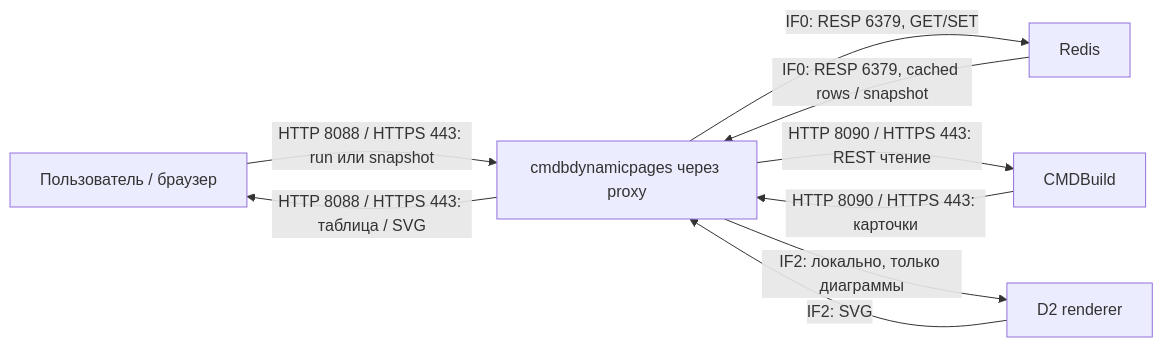
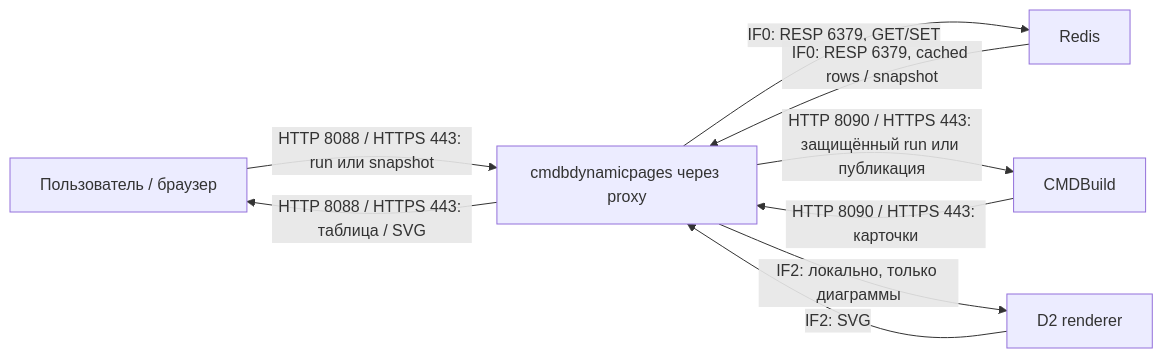
The third of 3 diagrams in aa/business-processes.md (igorlyapin-max/cmdbdynamicpages), drawn with Mermaid before and after one commit. The commit also changed other lines of this file and 32 other files, not shown here.

````diff
--- a/aa/business-processes.md
+++ b/aa/business-processes.md
@@ -50,11 +50,11 @@
 ```mermaid
 flowchart LR
   U[Пользователь / браузер] -->|HTTP 8088 / HTTPS 443: run или snapshot| API[cmdbdynamicpages через proxy]
   API -->|IF0: RESP 6379, GET/SET| Cache[Redis]
   Cache -->|IF0: RESP 6379, cached rows / snapshot| API
-  API -->|HTTP 8090 / HTTPS 443: REST чтение| CMDB[CMDBuild]
+  API -->|HTTP 8090 / HTTPS 443: защищённый run или публикация| CMDB[CMDBuild]
   CMDB -->|HTTP 8090 / HTTPS 443: карточки| API
   API -->|IF2: локально, только диаграммы| D2[D2 renderer]
   D2 -->|IF2: SVG| API
   API -->|HTTP 8088 / HTTPS 443: таблица / SVG| U
 ```
````
